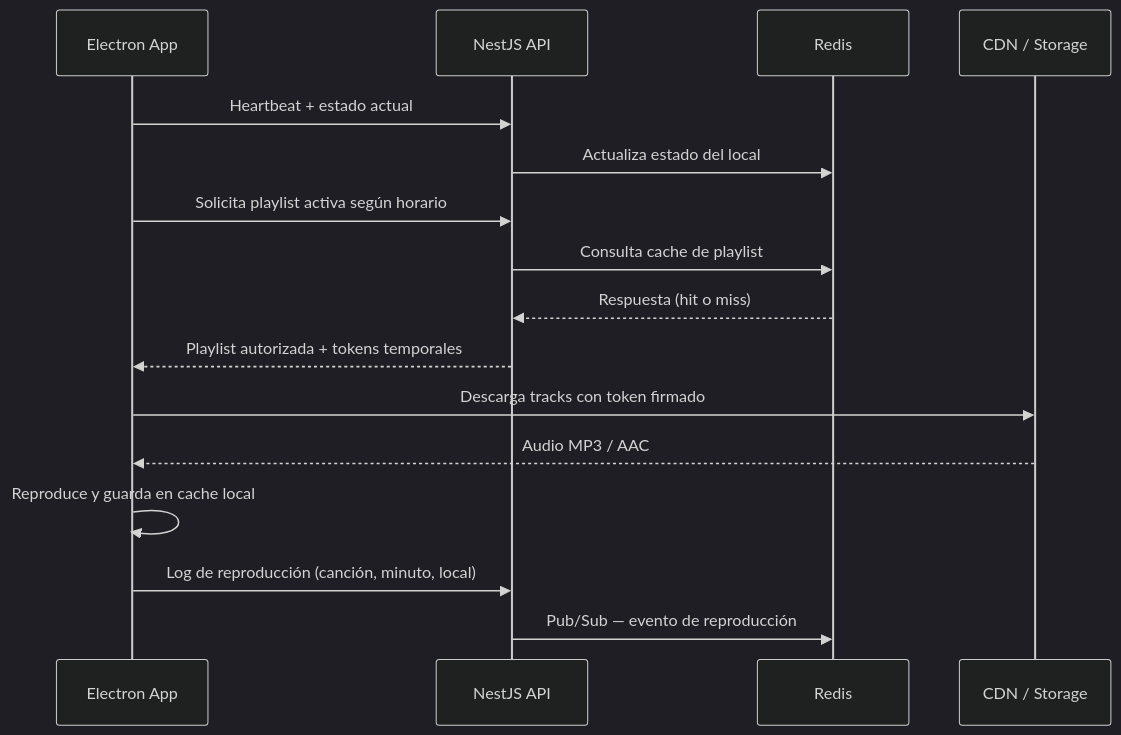
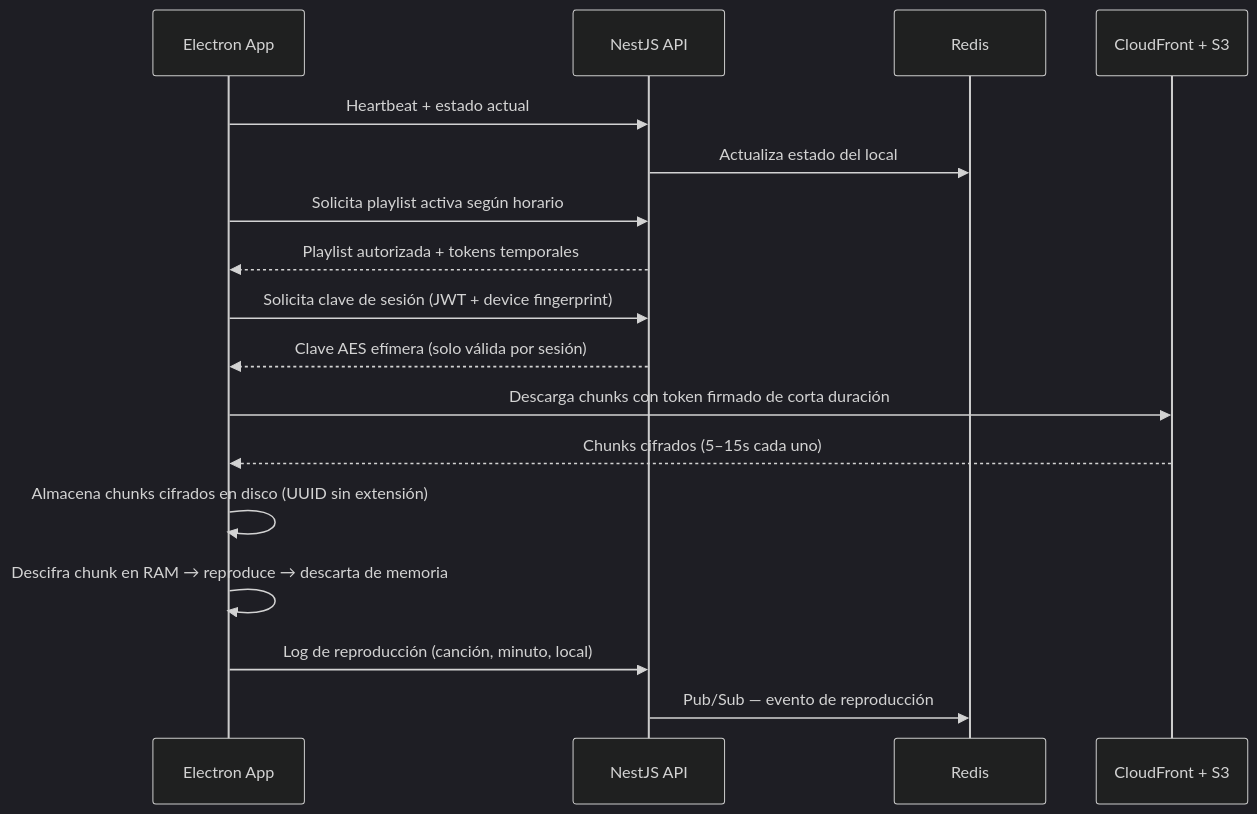
One commit to htm4rck/Mockups changed the third of 9 diagrams in app/MVPMusic/README.md. Above: the diagram before and after it, drawn with Mermaid (dark theme). The commit also changed other lines of this file, not shown here.

````diff
--- a/app/MVPMusic/README.md
+++ b/app/MVPMusic/README.md
@@ -111,19 +89,20 @@
 ```mermaid
 sequenceDiagram
     participant E as Electron App
     participant API as NestJS API
     participant RD as Redis
-    participant CDN as CDN / Storage
+    participant CDN as CloudFront + S3
 
     E->>API: Heartbeat + estado actual
     API->>RD: Actualiza estado del local
     E->>API: Solicita playlist activa según horario
-    API->>RD: Consulta cache de playlist
-    RD-->>API: Respuesta (hit o miss)
     API-->>E: Playlist autorizada + tokens temporales
-    E->>CDN: Descarga tracks con token firmado
-    CDN-->>E: Audio MP3 / AAC
-    E->>E: Reproduce y guarda en cache local
+    E->>API: Solicita clave de sesión (JWT + device fingerprint)
+    API-->>E: Clave AES efímera (solo válida por sesión)
+    E->>CDN: Descarga chunks con token firmado de corta duración
+    CDN-->>E: Chunks cifrados (5–15s cada uno)
+    E->>E: Almacena chunks cifrados en disco (UUID sin extensión)
+    E->>E: Descifra chunk en RAM → reproduce → descarta de memoria
     E->>API: Log de reproducción (canción, minuto, local)
     API->>RD: Pub/Sub — evento de reproducción
 ```
````
